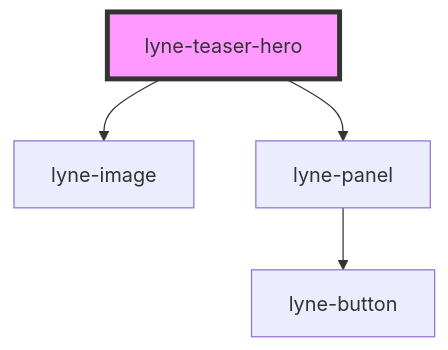
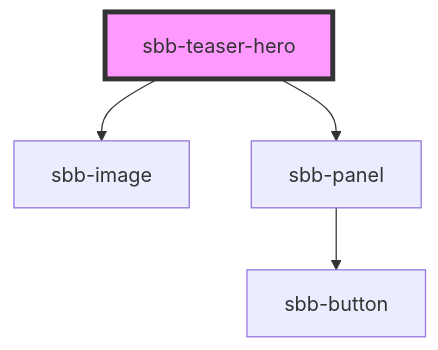
Before and after one commit to sbb-design-systems/lyne-components: the diagram in src/components/sbb-teaser-hero/readme.md, drawn with Mermaid. The commit also changed other lines of this file and 348 other files, not shown here.

Commit message:
refactor: 'lyne' prefix renamed to 'sbb'

````diff
--- a/src/components/sbb-teaser-hero/readme.md
+++ b/src/components/sbb-teaser-hero/readme.md
@@ -29,7 +29,7 @@
 ```mermaid
 graph TD;
-  lyne-teaser-hero --> lyne-image
-  lyne-teaser-hero --> lyne-panel
-  lyne-panel --> lyne-button
-  style lyne-teaser-hero fill:#f9f,stroke:#333,stroke-width:4px
+  sbb-teaser-hero --> sbb-image
+  sbb-teaser-hero --> sbb-panel
+  sbb-panel --> sbb-button
+  style sbb-teaser-hero fill:#f9f,stroke:#333,stroke-width:4px
 ```
````
